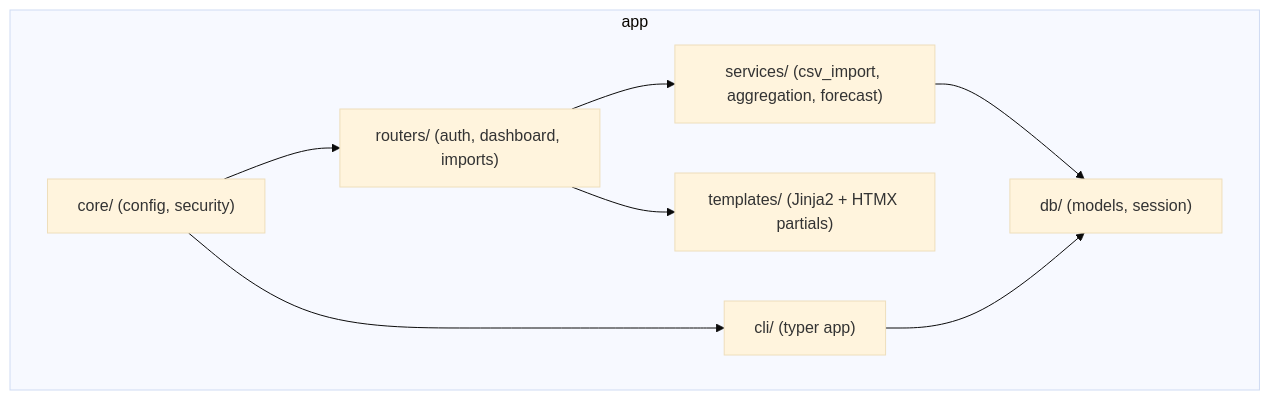
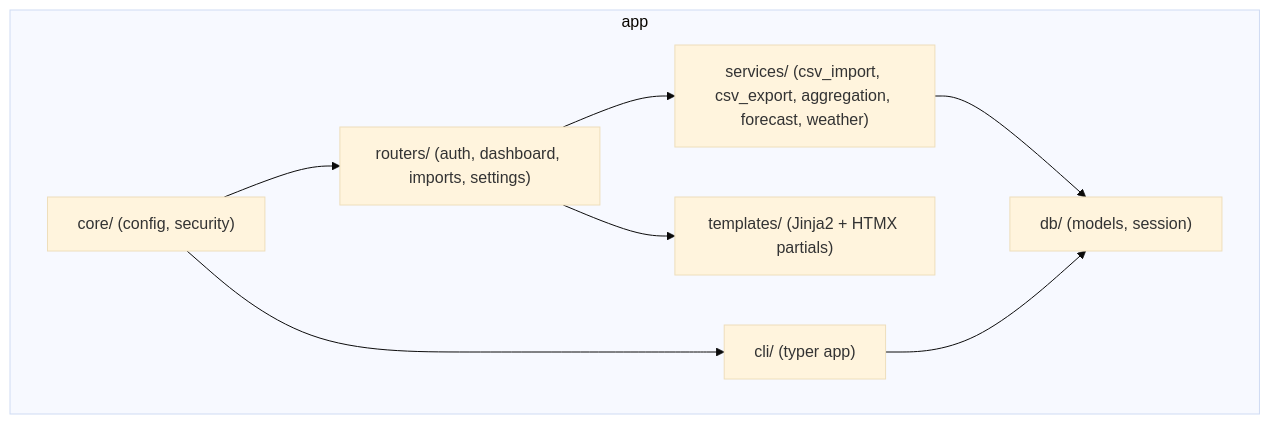
Before and after one commit to CSharplie/spark: the second of 2 diagrams in docs/01-architecture.md, drawn with Mermaid (base theme). The commit also changed other lines of this file and 20 other files, not shown here.

````diff
--- a/docs/01-architecture.md
+++ b/docs/01-architecture.md
@@ -77,16 +97,16 @@
 ```mermaid
 flowchart TB
     subgraph app
-        routers["routers/ (auth, dashboard, imports)"]
-        services["services/ (csv_import, aggregation, forecast)"]
+        routers["routers/ (auth, dashboard, imports, settings)"]
+        services["services/ (csv_import, csv_export, aggregation, forecast, weather)"]
         db["db/ (models, session)"]
         core["core/ (config, security)"]
         cli["cli/ (typer app)"]
         templates["templates/ (Jinja2 + HTMX partials)"]
     end
     routers --> services --> db
     cli --> db
     core --> routers
     core --> cli
     routers --> templates
 ```
````
